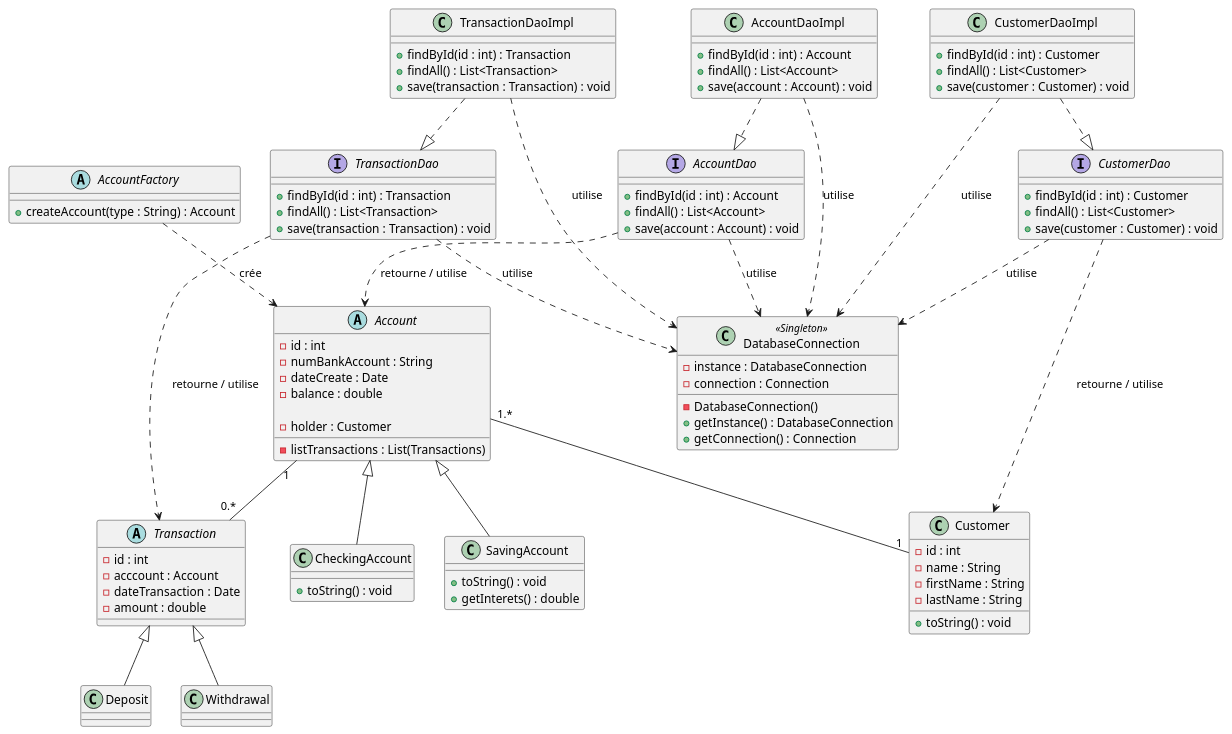
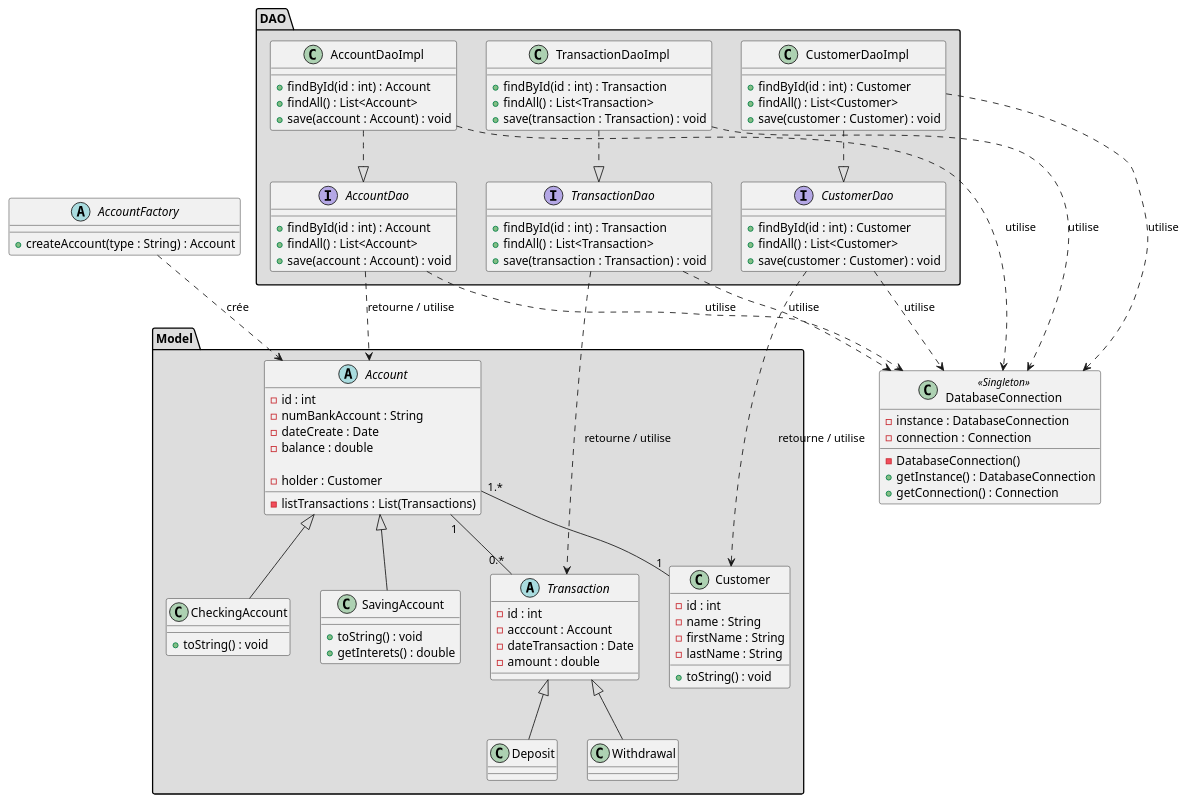
Before and after one commit to severinehmfms/TPBank: the diagram in docs/classes.puml, drawn with PlantUML.

Commit message:
Diagramme UML : Ajout des packages pour rendre le diagramme plus lisible

```diff
--- a/docs/classes.puml
+++ b/docs/classes.puml
@@ -1,108 +1,109 @@
 @startuml
 
 class DatabaseConnection <<Singleton>> {
     - instance : DatabaseConnection
     - connection : Connection
     - DatabaseConnection()
     + getInstance() : DatabaseConnection
     + getConnection() : Connection
 }
 
-interface CustomerDao {
-    + findById(id : int) : Customer
-    + findAll() : List<Customer>
-    + save(customer : Customer) : void
+package "DAO" #DDDDDD {
+    interface CustomerDao {
+        + findById(id : int) : Customer
+        + findAll() : List<Customer>
+        + save(customer : Customer) : void
+    }
+    class CustomerDaoImpl {
+        + findById(id : int) : Customer
+        + findAll() : List<Customer>
+        + save(customer : Customer) : void
+    }
+    interface AccountDao {
+        + findById(id : int) : Account
+        + findAll() : List<Account>
+        + save(account : Account) : void
+    }
+    class AccountDaoImpl {
+        + findById(id : int) : Account
+        + findAll() : List<Account>
+        + save(account : Account) : void
+    }
+    interface TransactionDao {
+        + findById(id : int) : Transaction
+        + findAll() : List<Transaction>
+        + save(transaction : Transaction) : void
+    }
+    class TransactionDaoImpl {
+        + findById(id : int) : Transaction
+        + findAll() : List<Transaction>
+        + save(transaction : Transaction) : void
+    }
 }
 
-class CustomerDaoImpl {
-    + findById(id : int) : Customer
-    + findAll() : List<Customer>
-    + save(customer : Customer) : void
+package "Model" #DDDDDD {
+    class Customer {
+        - id : int
+        - name : String
+        - firstName : String
+        - lastName : String
+        + toString() : void
+    }
+    abstract class Account{
+        - id : int
+        - numBankAccount : String
+        - dateCreate : Date
+        - balance : double
+
+        - holder : Customer
+        - listTransactions : List(Transactions)
+    }
+    class CheckingAccount extends Account{
+        + toString() : void
+    }
+    class SavingAccount extends Account{
+        + toString() : void
+        + getInterets() : double
+    }
+    abstract class Transaction{
+        - id : int
+        - acccount : Account
+        - dateTransaction : Date
+        - amount : double
+    }
+    class Deposit extends Transaction{
+
+    }
+    class Withdrawal extends Transaction{
+
+    }
 }
 
-class Customer {
-    - id : int
-    - name : String
-    - firstName : String
-    - lastName : String
-    + toString() : void
-}
+
 
 abstract class AccountFactory{
     + createAccount(type : String) : Account
-}
-
-interface AccountDao {
-    + findById(id : int) : Account
-    + findAll() : List<Account>
-    + save(account : Account) : void
-}
-class AccountDaoImpl {
-    + findById(id : int) : Account
-    + findAll() : List<Account>
-    + save(account : Account) : void
-}
-
-abstract class Account{
-    - id : int
-    - numBankAccount : String
-    - dateCreate : Date
-    - balance : double
-
-    - holder : Customer
-    - listTransactions : List(Transactions)
-}
-class CheckingAccount extends Account{
-    + toString() : void
-}
-class SavingAccount extends Account{
-    + toString() : void
-    + getInterets() : double
-}
-
-interface TransactionDao {
-    + findById(id : int) : Transaction
-    + findAll() : List<Transaction>
-    + save(transaction : Transaction) : void
-}
-class TransactionDaoImpl {
-    + findById(id : int) : Transaction
-    + findAll() : List<Transaction>
-    + save(transaction : Transaction) : void
-}
-
-abstract class Transaction{
-    - id : int
-    - acccount : Account
-    - dateTransaction : Date
-    - amount : double
-}
-class Deposit extends Transaction{
-
-}
-class Withdrawal extends Transaction{
-
 }
 
 Account "1.*" -- "1" Customer
 Account "1" -- "0.*" Transaction
 
 AccountFactory ..> Account : crée
 
 CustomerDao ..> DatabaseConnection : utilise
 AccountDao ..> DatabaseConnection : utilise
 TransactionDao ..> DatabaseConnection : utilise
 
 CustomerDaoImpl ..|> CustomerDao
 CustomerDao ..> Customer : retourne / utilise
 CustomerDaoImpl ..> DatabaseConnection : utilise
 
 AccountDaoImpl ..|> AccountDao
 AccountDao ..> Account : retourne / utilise
 AccountDaoImpl ..> DatabaseConnection : utilise
 
 TransactionDaoImpl ..|> TransactionDao
 TransactionDao ..> Transaction : retourne / utilise
 TransactionDaoImpl ..> DatabaseConnection : utilise
 
 @enduml
```
